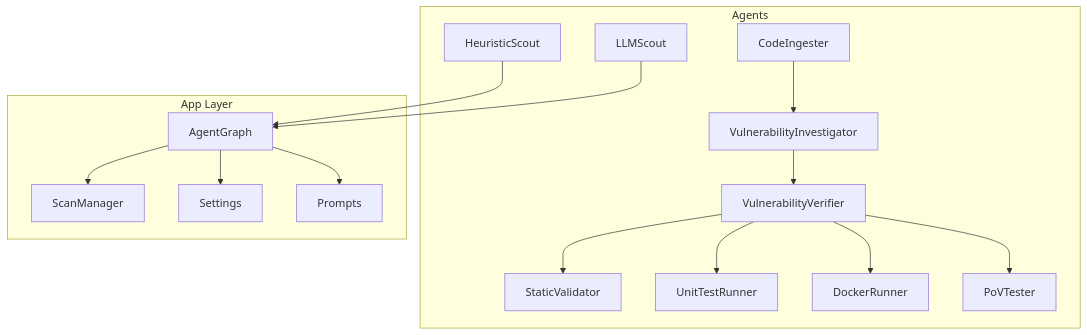
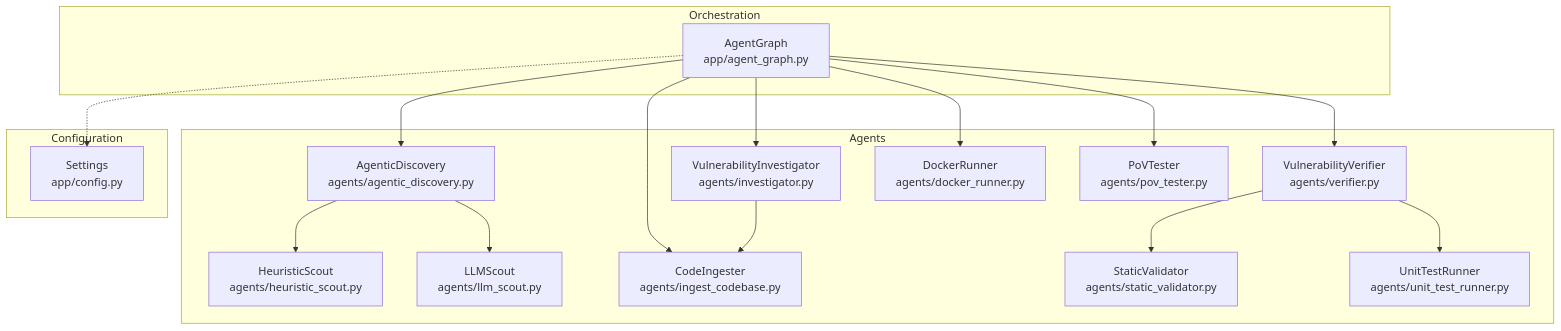
Before and after one commit to keysight-anya/AutoPoV: the first of 6 diagrams in .qoder/repowiki/en/content/Agent System/Agent System.md, drawn with Mermaid. The commit also changed other lines of this file and 150 other files, not shown here.

````diff
--- a/.qoder/repowiki/en/content/Agent System/Agent System.md
+++ b/.qoder/repowiki/en/content/Agent System/Agent System.md
@@ -38,31 +38,33 @@
 ```mermaid
 graph TB
+subgraph "Orchestration"
+AG["AgentGraph<br/>app/agent_graph.py"]
+end
 subgraph "Agents"
-HS["HeuristicScout"]
-LLM_S["LLMScout"]
-CI["CodeIngester"]
-INV["VulnerabilityInvestigator"]
-VFY["VulnerabilityVerifier"]
-SV["StaticValidator"]
-UTR["UnitTestRunner"]
-DR["DockerRunner"]
-PT["PoVTester"]
+AD["AgenticDiscovery<br/>agents/agentic_discovery.py"]
+HS["HeuristicScout<br/>agents/heuristic_scout.py"]
+LLMSC["LLMScout<br/>agents/llm_scout.py"]
+CI["CodeIngester<br/>agents/ingest_codebase.py"]
+INV["VulnerabilityInvestigator<br/>agents/investigator.py"]
+VER["VulnerabilityVerifier<br/>agents/verifier.py"]
+DR["DockerRunner<br/>agents/docker_runner.py"]
+PT["PoVTester<br/>agents/pov_tester.py"]
+SV["StaticValidator<br/>agents/static_validator.py"]
+UTR["UnitTestRunner<br/>agents/unit_test_runner.py"]
 end
-subgraph "App Layer"
-AG["AgentGraph"]
-SM["ScanManager"]
-CFG["Settings"]
-PR["Prompts"]
+subgraph "Configuration"
+CFG["Settings<br/>app/config.py"]
 end
-HS --> AG
-LLM_S --> AG
-CI --> INV
-INV --> VFY
-VFY --> SV
-VFY --> UTR
-VFY --> DR
-VFY --> PT
-AG --> SM
-AG --> CFG
-AG --> PR
+AG --> CI
+AG --> AD
+AD --> HS
+AD --> LLMSC
+AG --> INV
+INV --> CI
+AG --> VER
+VER --> SV
+VER --> UTR
+AG --> DR
+AG --> PT
+AG -.-> CFG
 ```
````
